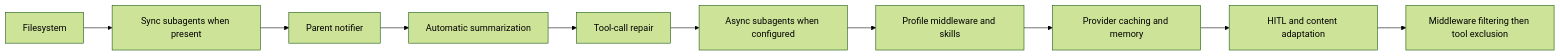
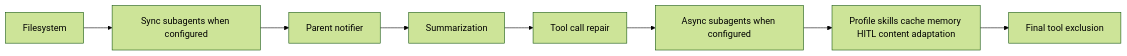
Before and after one commit to langchain-ai/deepagents: the first of 3 diagrams in openwiki/concepts/middleware-catalog.md, drawn with Mermaid (forest theme). The commit also changed other lines of this file and 33 other files, not shown here.

````diff
--- a/openwiki/concepts/middleware-catalog.md
+++ b/openwiki/concepts/middleware-catalog.md
@@ -70,12 +63,10 @@
 ```mermaid
 flowchart LR
-    Fs["Filesystem"] --> Sync["Sync subagents when present"]
+    Fs["Filesystem"] --> Sync["Sync subagents when configured"]
     Sync --> Notify["Parent notifier"]
-    Notify --> Summary["Automatic summarization"]
-    Summary --> Repair["Tool-call repair"]
+    Notify --> Summary["Summarization"]
+    Summary --> Repair["Tool call repair"]
     Repair --> Async["Async subagents when configured"]
-    Async --> Profile["Profile middleware and skills"]
-    Profile --> Cache["Provider caching and memory"]
-    Cache --> Safety["HITL and content adaptation"]
-    Safety --> Exclude["Middleware filtering then tool exclusion"]
+    Async --> Tail["Profile skills cache memory HITL content adaptation"]
+    Tail --> Exclude["Final tool exclusion"]
 ```
````
